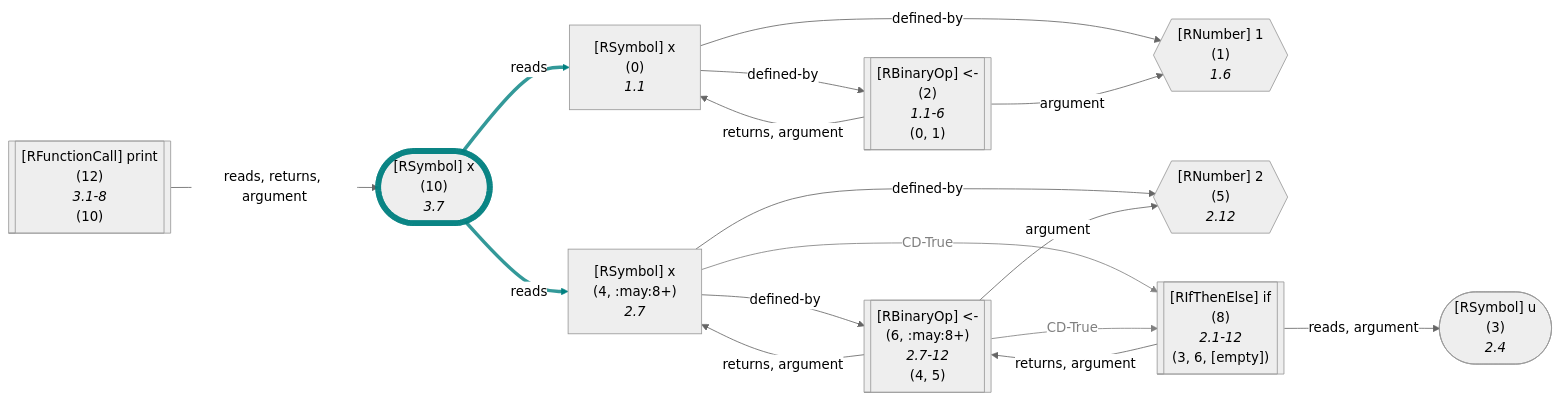
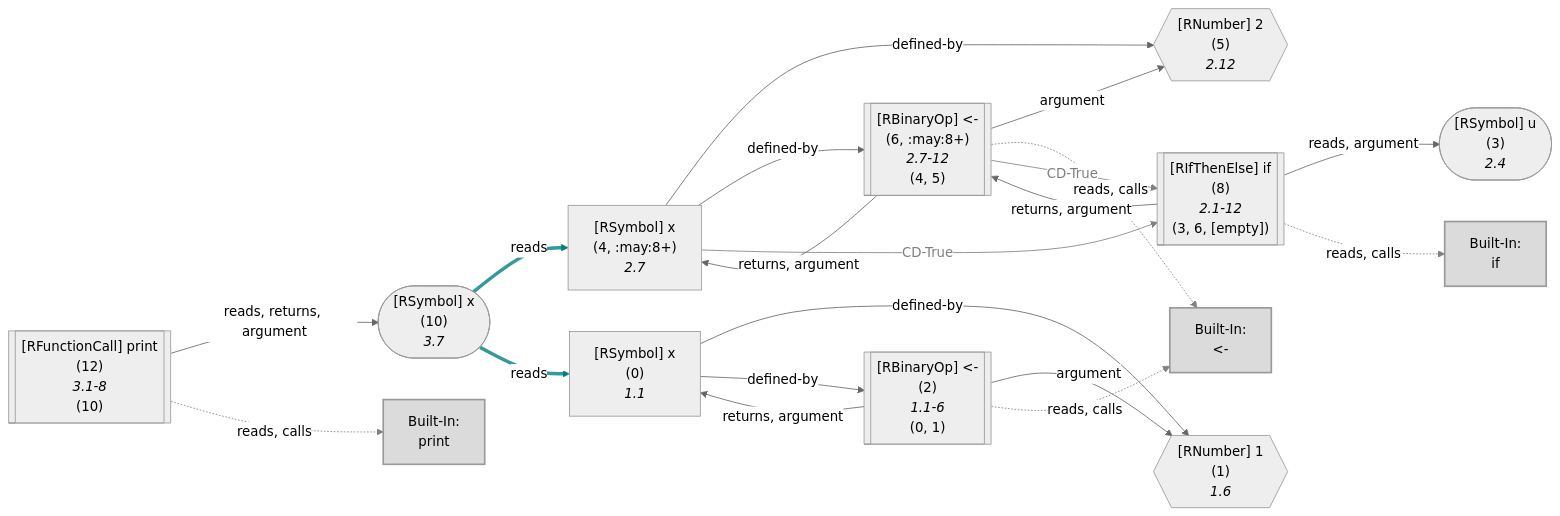
One commit to flowr-analysis/flowr changed the ninth of 51 diagrams in wiki/Dataflow Graph.md. Above: the diagram before and after it, drawn with Mermaid (neutral theme). The commit also changed other lines of this file and 339 other files, not shown here.

````diff
--- a/wiki/Dataflow Graph.md
+++ b/wiki/Dataflow Graph.md
@@ -862,57 +909,73 @@
 ```mermaid
 flowchart LR
     1{{"`#91;RNumber#93; 1
       (1)
       *1.6*`"}}
     0["`#91;RSymbol#93; x
       (0)
       *1.1*`"]
     2[["`#91;RBinaryOp#93; #60;#45;
       (2)
       *1.1-6*
     (0, 1)`"]]
+    built-in:_-["`Built-In:
+#60;#45;`"]
+    style built-in:_- stroke:gray,fill:lightgray,stroke-width:2px,opacity:.8;
     3(["`#91;RSymbol#93; u
       (3)
       *2.4*`"])
     5{{"`#91;RNumber#93; 2
       (5)
       *2.12*`"}}
     4["`#91;RSymbol#93; x
       (4, :may:8+)
       *2.7*`"]
     6[["`#91;RBinaryOp#93; #60;#45;
       (6, :may:8+)
       *2.7-12*
     (4, 5)`"]]
     8[["`#91;RIfThenElse#93; if
       (8)
       *2.1-12*
     (3, 6, [empty])`"]]
+    built-in:if["`Built-In:
+if`"]
+    style built-in:if stroke:gray,fill:lightgray,stroke-width:2px,opacity:.8;
     10(["`#91;RSymbol#93; x
       (10)
       *3.7*`"])
-    style 10 stroke:teal,stroke-width:7px,stroke-opacity:.8; 
     12[["`#91;RFunctionCall#93; print
       (12)
       *3.1-8*
     (10)`"]]
+    built-in:print["`Built-In:
+print`"]
+    style built-in:print stroke:gray,fill:lightgray,stroke-width:2px,opacity:.8;
     0 -->|"defined-by"| 1
     0 -->|"defined-by"| 2
     2 -->|"argument"| 1
     2 -->|"returns, argument"| 0
+    2 -.->|"reads, calls"| built-in:_-
+    linkStyle 4 stroke:gray;
     4 -->|"defined-by"| 5
     4 -->|"defined-by"| 6
     4 -->|"CD-True"| 8
-    linkStyle 6 stroke:gray,color:gray;
+    linkStyle 7 stroke:gray,color:gray;
     6 -->|"argument"| 5
     6 -->|"returns, argument"| 4
+    6 -.->|"reads, calls"| built-in:_-
+    linkStyle 10 stroke:gray;
     6 -->|"CD-True"| 8
-    linkStyle 9 stroke:gray,color:gray;
+    linkStyle 11 stroke:gray,color:gray;
     8 -->|"returns, argument"| 6
     8 -->|"reads, argument"| 3
+    8 -.->|"reads, calls"| built-in:if
+    linkStyle 14 stroke:gray;
     10 -->|"reads"| 4
-    linkStyle 12 stroke:teal,stroke-width:4.2px,stroke-opacity:.8
+    linkStyle 15 stroke:teal,stroke-width:4.2px,stroke-opacity:.8
     10 -->|"reads"| 0
-    linkStyle 13 stroke:teal,stroke-width:4.2px,stroke-opacity:.8
+    linkStyle 16 stroke:teal,stroke-width:4.2px,stroke-opacity:.8
     12 -->|"reads, returns, argument"| 10
+    12 -.->|"reads, calls"| built-in:print
+    linkStyle 18 stroke:gray;
 ```
````
